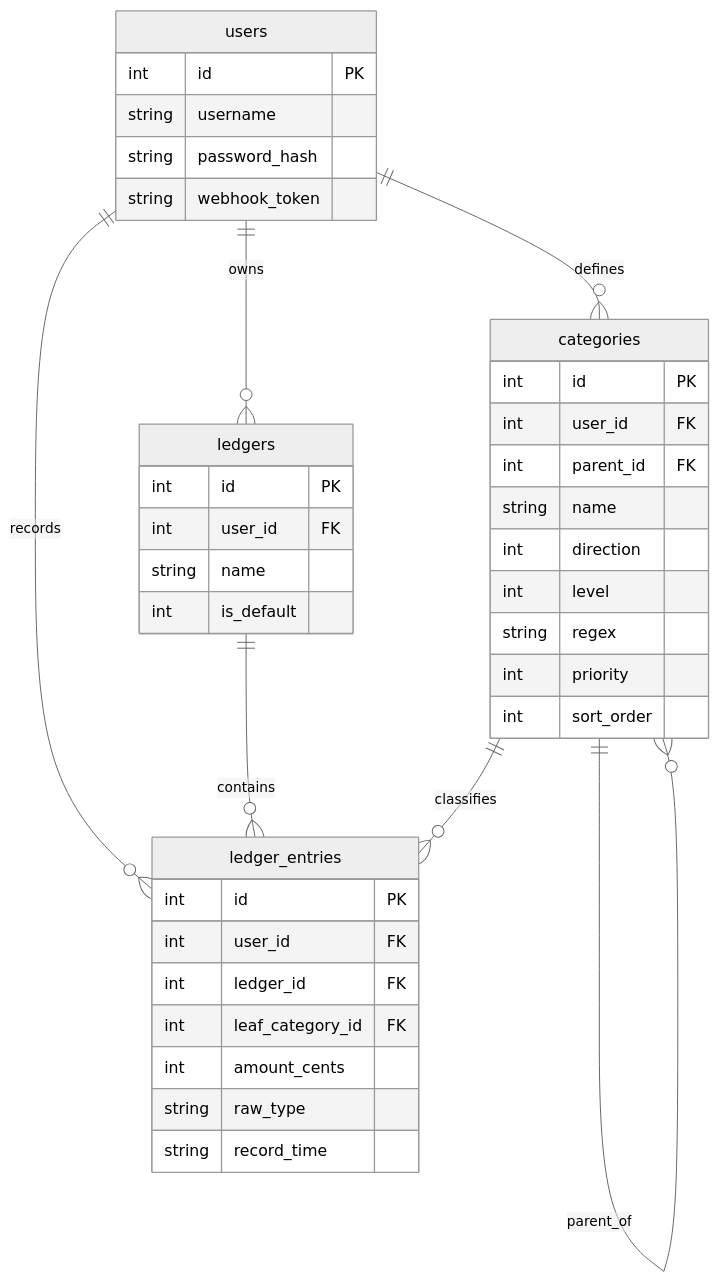
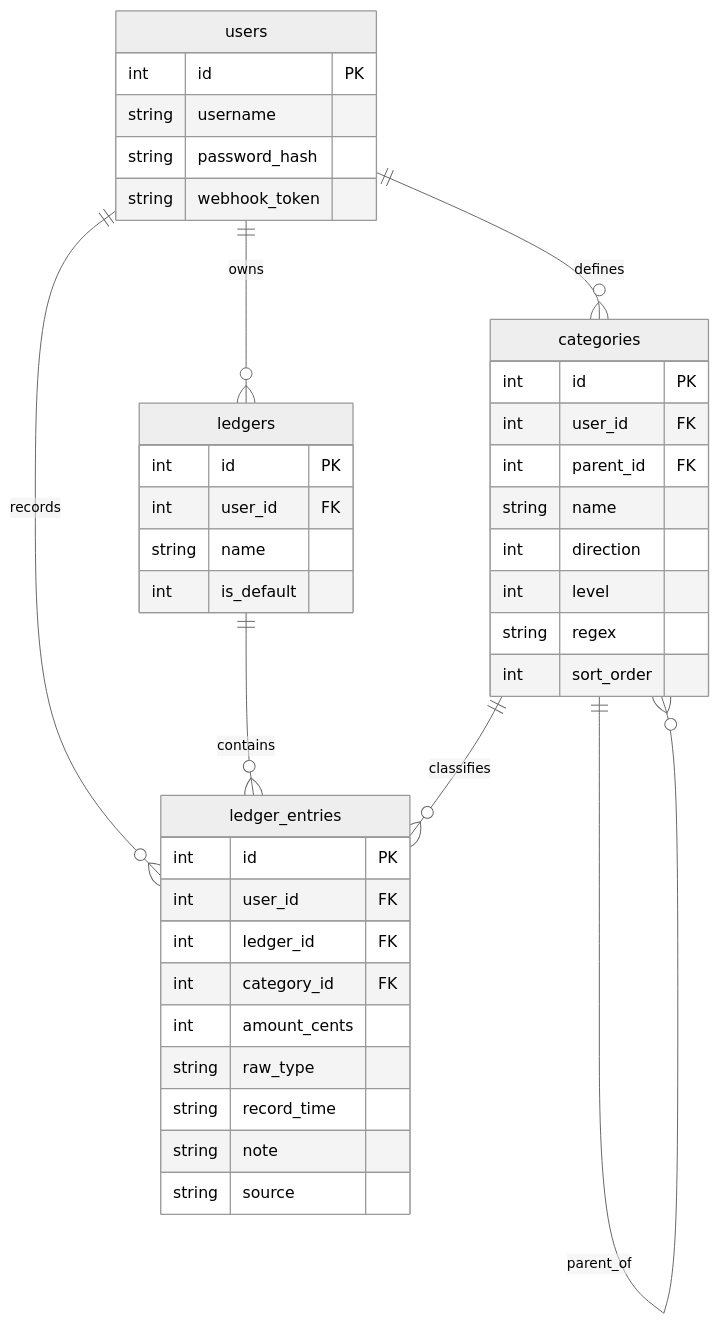
Before and after one commit to mutouyun/almanac: the diagram in docs/ledger_data_model.md, drawn with Mermaid (neutral theme). The commit also changed other lines of this file and 2 other files, not shown here.

````diff
--- a/docs/ledger_data_model.md
+++ b/docs/ledger_data_model.md
@@ -20,42 +20,43 @@
 ```mermaid
 erDiagram
     users ||--o{ ledgers : owns
     users ||--o{ categories : defines
     users ||--o{ ledger_entries : records
     ledgers ||--o{ ledger_entries : contains
     categories ||--o{ categories : parent_of
     categories ||--o{ ledger_entries : classifies
 
     users {
         int id PK
         string username
         string password_hash
         string webhook_token
     }
     ledgers {
         int id PK
         int user_id FK
         string name
         int is_default
     }
     categories {
         int id PK
         int user_id FK
         int parent_id FK
         string name
         int direction
         int level
         string regex
-        int priority
         int sort_order
     }
     ledger_entries {
         int id PK
         int user_id FK
         int ledger_id FK
-        int leaf_category_id FK
+        int category_id FK
         int amount_cents
         string raw_type
         string record_time
+        string note
+        string source
     }
 ```
````
